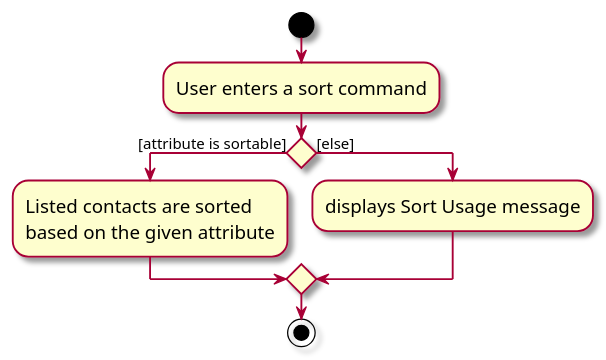
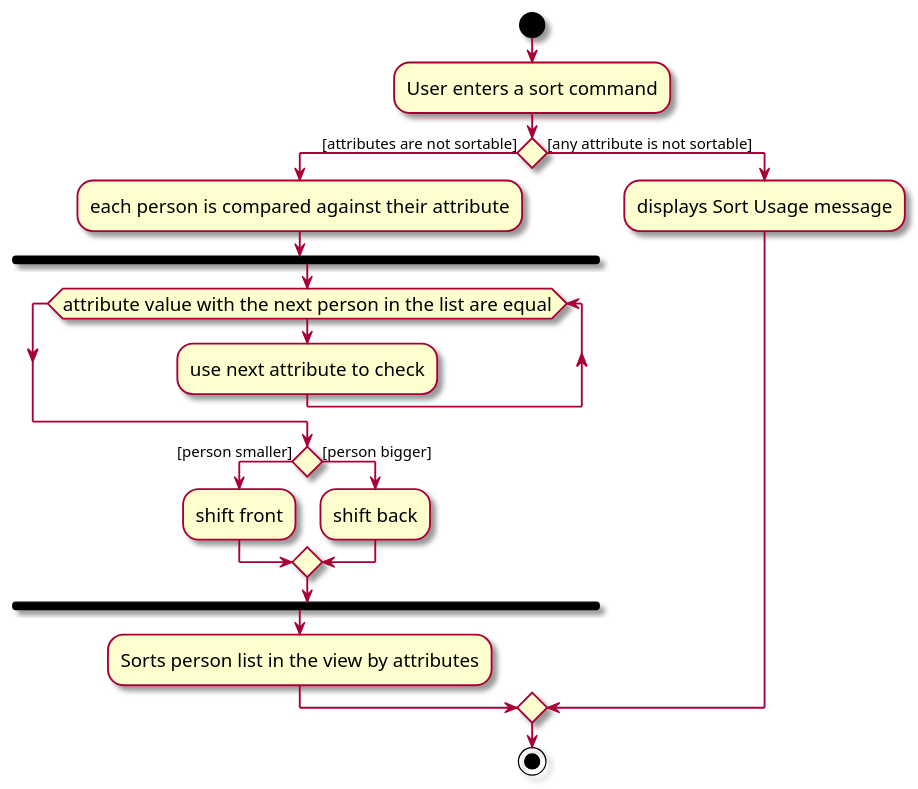
The diagram in docs/diagrams/SortActivityDiagram.puml (whitesnowx/tp), drawn with PlantUML before and after one commit. The commit also changed 1 other file, not shown here.

Commit message:
update ActivityDiagram

```diff
--- a/docs/diagrams/SortActivityDiagram.puml
+++ b/docs/diagrams/SortActivityDiagram.puml
@@ -1,15 +1,26 @@
 @startuml
 skin rose
 skinparam ActivityFontSize 15
 skinparam ArrowFontSize 12
 start
 :User enters a sort command;
 
-if () then ([attribute is sortable])
-    :Listed contacts are sorted
-    based on the given attribute;
-else ([else])
+
+if() then ([attributes are not sortable])
+    :each person is compared against their attribute;
+        fork
+            while(attribute value with the next person in the list are equal)
+                :use next attribute to check;
+            endwhile
+            if() then ([person smaller])
+                :shift front;
+            else([person bigger])
+                :shift back;
+            endif
+        end fork
+    :Sorts person list in the view by attributes;
+else([any attribute is not sortable])
     :displays Sort Usage message;
 endif
 stop
 @enduml
```
